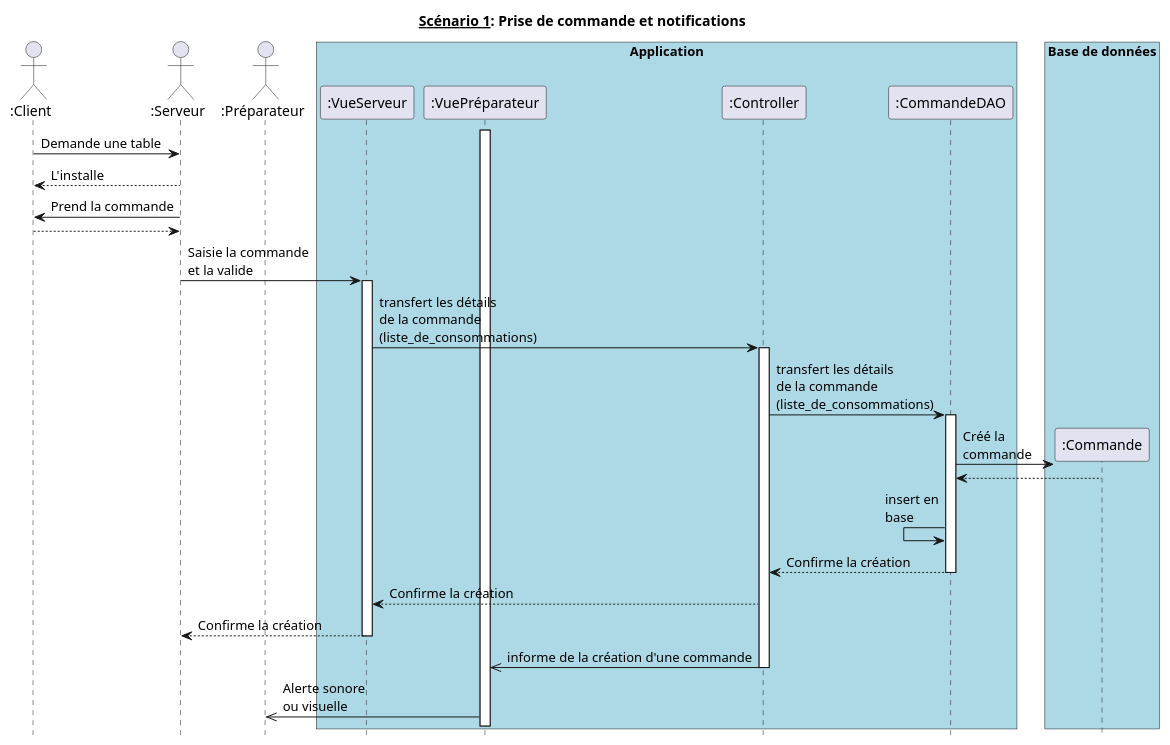
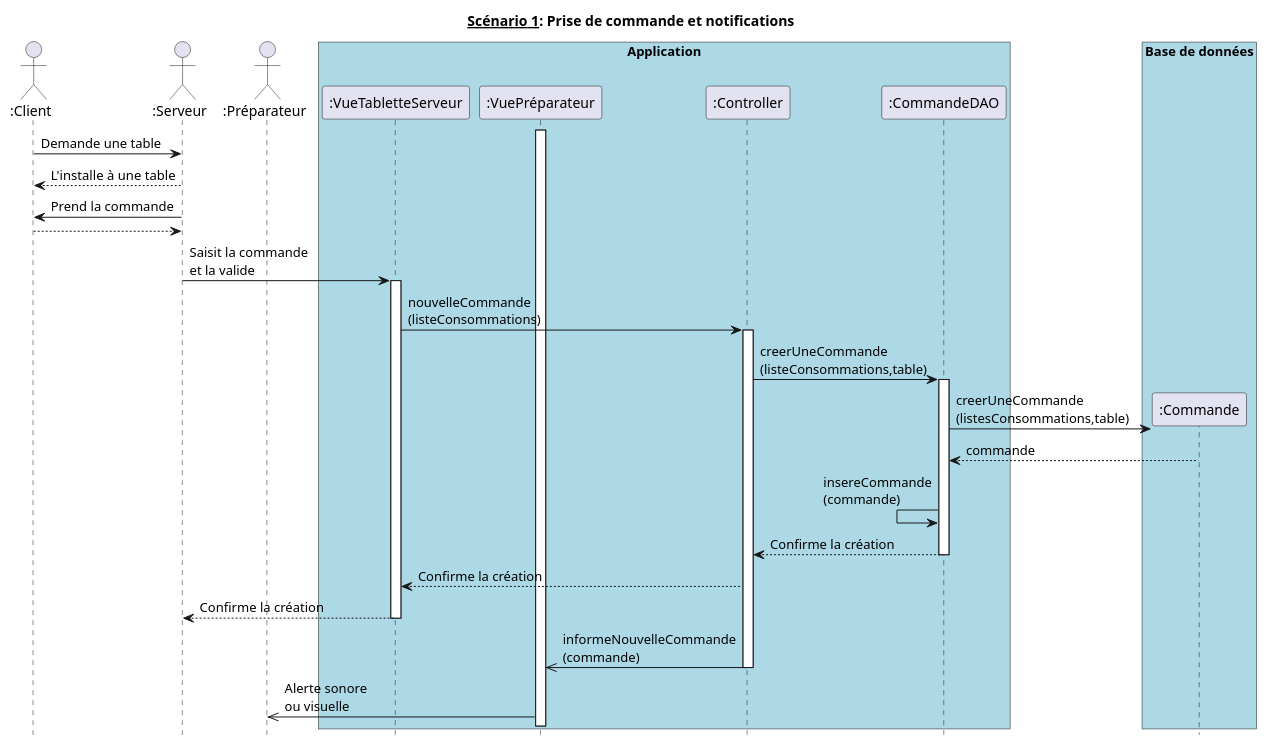
The diagram in diagrammes_sequences_detailles/dss1.md (hulskenA/GL-Les_seigneurs_du_resto), drawn with PlantUML before and after one commit.

Commit message:
Modification DSS détaillé 1

````diff
--- a/diagrammes_sequences_detailles/dss1.md
+++ b/diagrammes_sequences_detailles/dss1.md
@@ -1,51 +1,51 @@
 ```puml
 @startuml
 hide footbox
 title __Scénario 1__: Prise de commande et notifications
 
 actor ":Client" as Client order 10
 actor ":Serveur" as Serveur order 20
 actor ":Préparateur" as Préparateur order 30
 
 box "Application" #Lightblue
-  participant ":VueServeur" as VueServeur order 40
+  participant ":VueTabletteServeur" as VueServeur order 40
   participant ":VuePréparateur" as VuePréparateur order 50
   participant ":Controller" as Controller order 60
   participant ":CommandeDAO" as CommandeDAO order 70
 endbox
 
 box "Base de données" #Lightblue
   participant ":Commande" as Commande order 80
 endbox
 
 activate VuePréparateur
 
 Client -> Serveur : Demande une table
-Client <-- Serveur : L'installe
+Client <-- Serveur : L'installe à une table
 Client <- Serveur : Prend la commande
 Client --> Serveur
 
-Serveur -> VueServeur : Saisie la commande\net la valide
+Serveur -> VueServeur : Saisit la commande\net la valide
 activate VueServeur
-VueServeur -> Controller : transfert les détails\nde la commande\n(liste_de_consommations)
+VueServeur -> Controller : nouvelleCommande\n(listeConsommations)
 activate Controller
-Controller -> CommandeDAO : transfert les détails\nde la commande\n(liste_de_consommations)
+Controller -> CommandeDAO : creerUneCommande\n(listeConsommations,table)
 
 activate CommandeDAO
   create Commande
-  CommandeDAO -> Commande : Créé la\ncommande
-  CommandeDAO <-- Commande
-  CommandeDAO <- CommandeDAO : insert en\nbase
+  CommandeDAO -> Commande : creerUneCommande\n(listesConsommations,table)
+  CommandeDAO <-- Commande : commande
+  CommandeDAO <- CommandeDAO : insereCommande\n(commande)
   CommandeDAO --> Controller : Confirme la création
 deactivate CommandeDAO
 
 Controller --> VueServeur : Confirme la création
 VueServeur --> Serveur : Confirme la création
 deactivate VueServeur
 
-Controller ->> VuePréparateur : informe de la création d'une commande
+Controller ->> VuePréparateur : informeNouvelleCommande\n(commande)
 deactivate Controller
 VuePréparateur ->> Préparateur : Alerte sonore\nou visuelle
 
 @enduml
 ```
````
